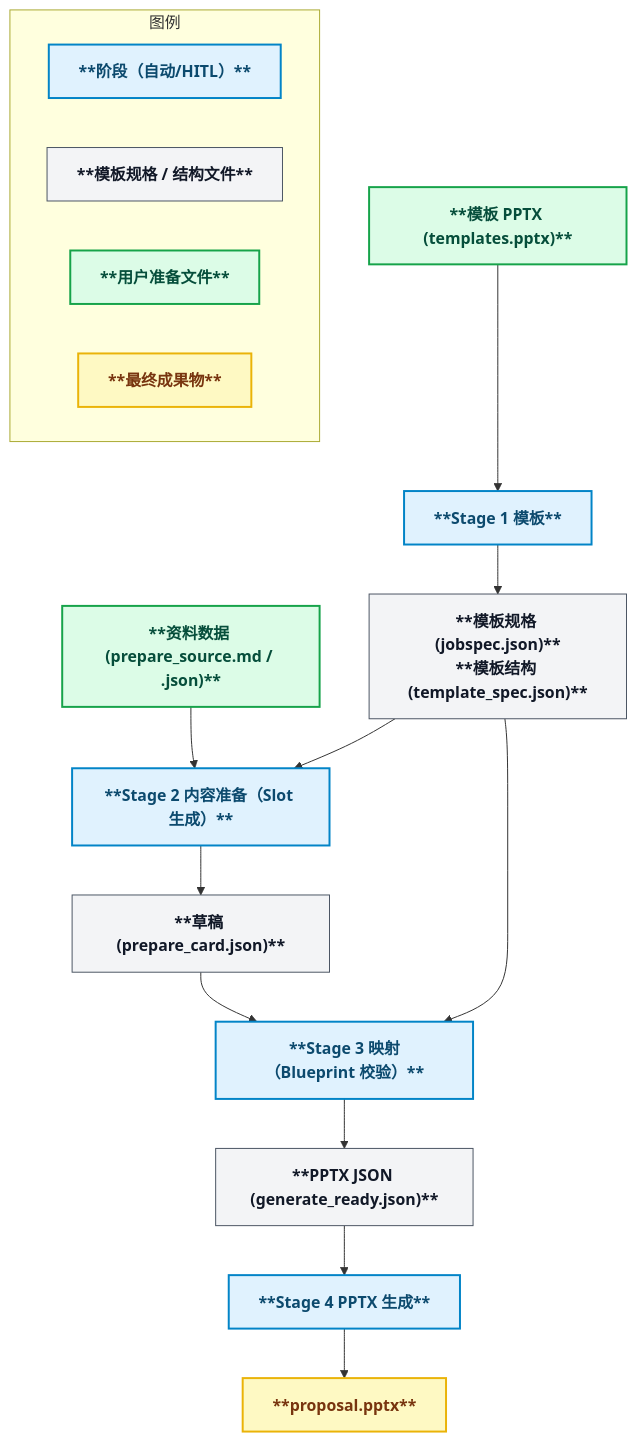
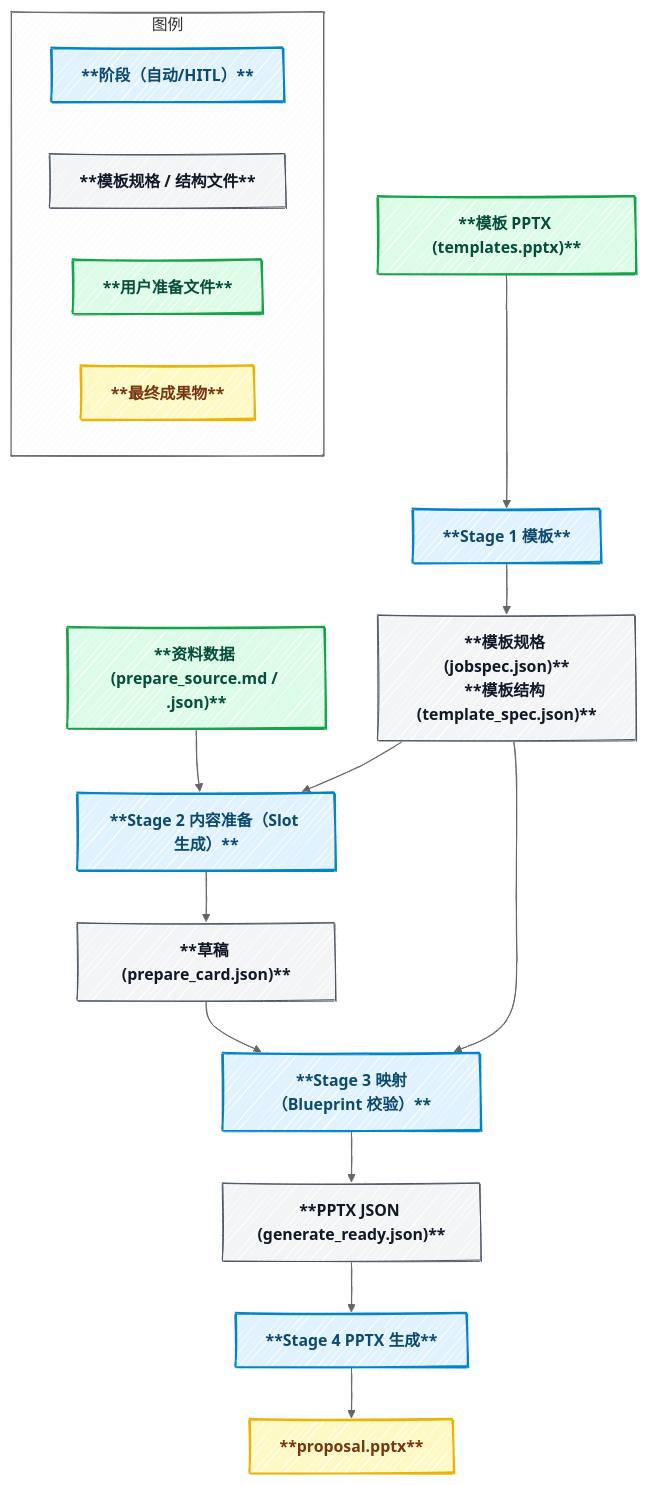
The second of 2 diagrams in README.zh.md (yurake/pptx_generator), drawn with Mermaid before and after one commit. The commit also changed other lines of this file and 2 other files, not shown here.

Commit message:
docs(readme): tune mermaid init

````diff
--- a/README.zh.md
+++ b/README.zh.md
@@ -101,36 +102,37 @@
 ```mermaid
+%%{init: {"look": "handDrawn", "handDrawnSeed": 1, "theme": "neutral"}}%%
 flowchart TD
   %% ======= Styles =======
   classDef stage fill:#e0f2fe,stroke:#0284c7,stroke-width:2px,color:#0c4a6e,font-weight:bold;
   classDef file fill:#f3f4f6,stroke:#4b5563,stroke-width:1px,color:#111827,font-weight:bold;
   classDef userfile fill:#dcfce7,stroke:#16a34a,stroke-width:2px,color:#064e3b,font-weight:bold;
   classDef final fill:#fef9c3,stroke:#eab308,stroke-width:2px,color:#78350f,font-weight:bold;
 
   %% ======= Stage 1 =======
   TmplStatic["**模板 PPTX (templates.pptx)**"]:::userfile --> S1Static["**Stage 1 模板**"]:::stage
   S1Static --> SpecStatic["**模板规格 (jobspec.json)**<br/>**模板结构 (template_spec.json)**"]:::file
 
   %% ======= Stage 2 =======
   PrepareStatic["**资料数据 (prepare_source.md / .json)**"]:::userfile --> S2Static["**Stage 2 内容准备（Slot 生成）**"]:::stage
   SpecStatic --> S2Static
   S2Static --> PrepareCardsStatic["**草稿 (prepare_card.json)**"]:::file
   PrepareCardsStatic --> S3Static
 
   %% ======= Stage 3 =======
   S3Static["**Stage 3 映射（Blueprint 校验）**"]:::stage
   SpecStatic --> S3Static
   S3Static --> ReadyStatic["**PPTX JSON (generate_ready.json)**"]:::file
 
   %% ======= Stage 4 =======
   ReadyStatic --> S4Static["**Stage 4 PPTX 生成**"]:::stage
   S4Static --> PPTXStatic["**proposal.pptx**"]:::final
 
   %% ======= Legend =======
   subgraph LegendStatic[图例]
     direction LR
     B1["**阶段（自动/HITL）**"]:::stage
     B2["**模板规格 / 结构文件**"]:::file
     B3["**用户准备文件**"]:::userfile
     B4["**最终成果物**"]:::final
   end
 ```
````
